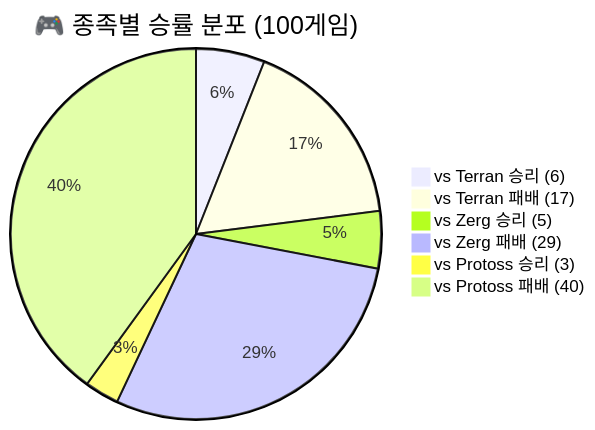
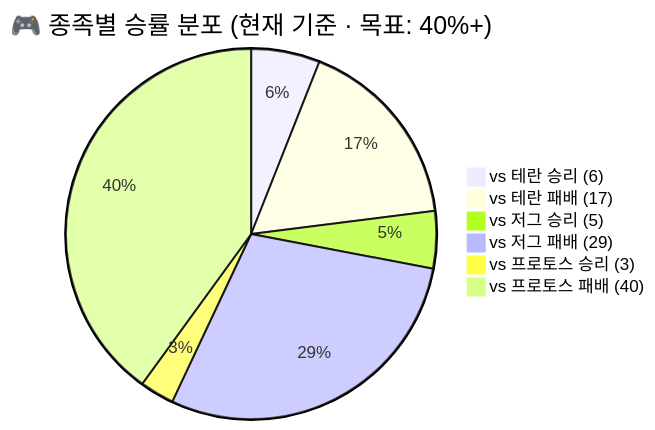
One commit to sun475300-sudo/Swarm-control-in-sc2bot changed diagram 11 of 34 in README.md. Above: the diagram before and after it, drawn with Mermaid. The commit also changed other lines of this file and 2 other files, not shown here.

````diff
--- a/README.md
+++ b/README.md
@@ -497,9 +811,9 @@
 ```mermaid
-pie title 🎮 종족별 승률 분포 (100게임)
-    "vs Terran 승리 (6)" : 6
-    "vs Terran 패배 (17)" : 17
-    "vs Zerg 승리 (5)" : 5
-    "vs Zerg 패배 (29)" : 29
-    "vs Protoss 승리 (3)" : 3
-    "vs Protoss 패배 (40)" : 40
+pie title 🎮 종족별 승률 분포 (현재 기준 · 목표: 40%+)
+    "vs 테란 승리 (6)" : 6
+    "vs 테란 패배 (17)" : 17
+    "vs 저그 승리 (5)" : 5
+    "vs 저그 패배 (29)" : 29
+    "vs 프로토스 승리 (3)" : 3
+    "vs 프로토스 패배 (40)" : 40
 ```
````
